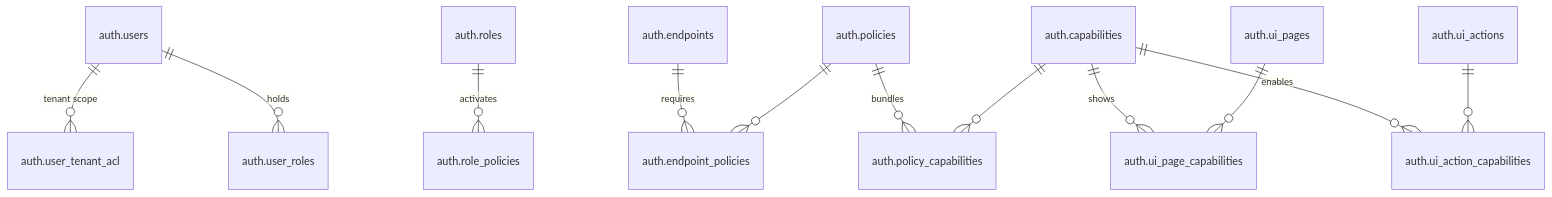
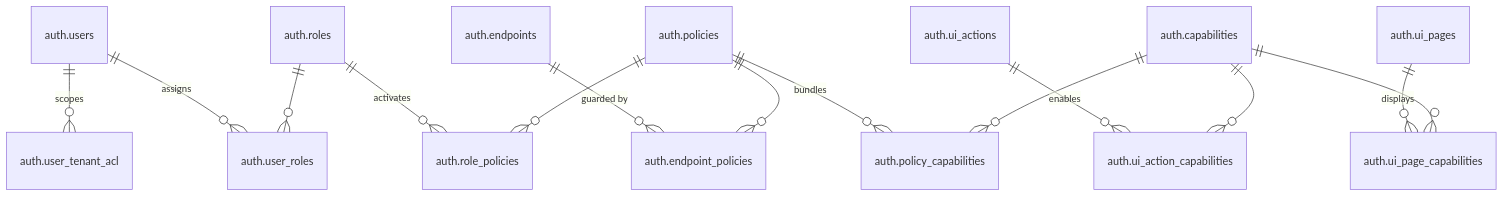
One commit to LaborManagement/auth-service changed the diagram in docs/architecture/data-map.md. Above: the diagram before and after it, drawn with Mermaid. The commit also changed other lines of this file and 6 other files, not shown here.

````diff
--- a/docs/architecture/data-map.md
+++ b/docs/architecture/data-map.md
@@ -9,14 +9,16 @@
 ```mermaid
 erDiagram
-    "auth.users" ||--o{ "auth.user_roles" : "holds"
+    "auth.users" ||--o{ "auth.user_roles" : "assigns"
+    "auth.users" ||--o{ "auth.user_tenant_acl" : "scopes"
+    "auth.roles" ||--o{ "auth.user_roles" : ""
     "auth.roles" ||--o{ "auth.role_policies" : "activates"
+    "auth.policies" ||--o{ "auth.role_policies" : ""
     "auth.policies" ||--o{ "auth.policy_capabilities" : "bundles"
     "auth.capabilities" ||--o{ "auth.policy_capabilities" : ""
-    "auth.endpoints" ||--o{ "auth.endpoint_policies" : "requires"
+    "auth.endpoints" ||--o{ "auth.endpoint_policies" : "guarded by"
     "auth.policies" ||--o{ "auth.endpoint_policies" : ""
-    "auth.capabilities" ||--o{ "auth.ui_page_capabilities" : "shows"
-    "auth.ui_pages" ||--o{ "auth.ui_page_capabilities" : ""
-    "auth.capabilities" ||--o{ "auth.ui_action_capabilities" : "enables"
-    "auth.ui_actions" ||--o{ "auth.ui_action_capabilities" : ""
-    "auth.users" ||--o{ "auth.user_tenant_acl" : "tenant scope"
+    "auth.ui_pages" ||--o{ "auth.ui_page_capabilities" : "displays"
+    "auth.capabilities" ||--o{ "auth.ui_page_capabilities" : ""
+    "auth.ui_actions" ||--o{ "auth.ui_action_capabilities" : "enables"
+    "auth.capabilities" ||--o{ "auth.ui_action_capabilities" : ""
 ```
````
